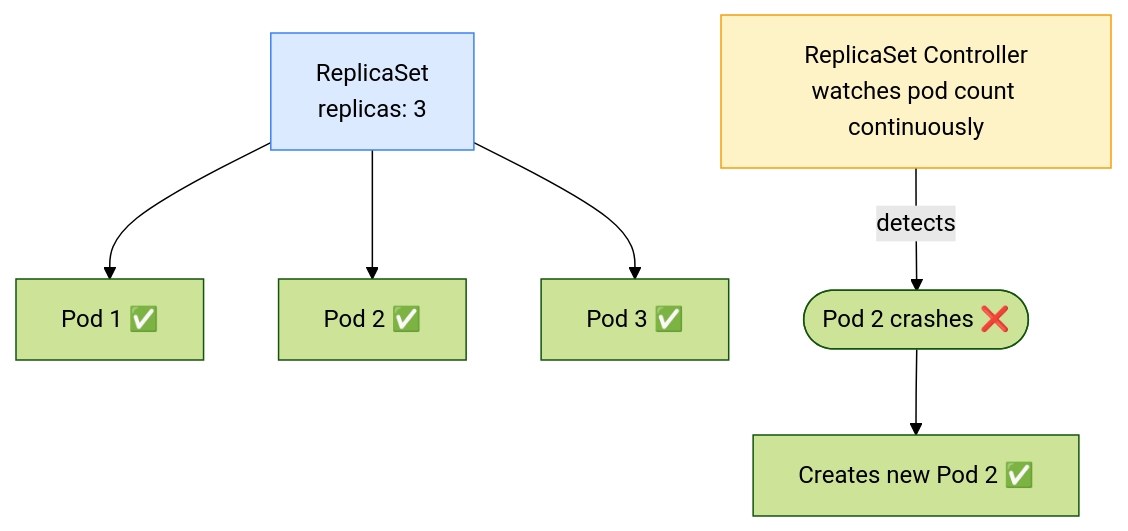
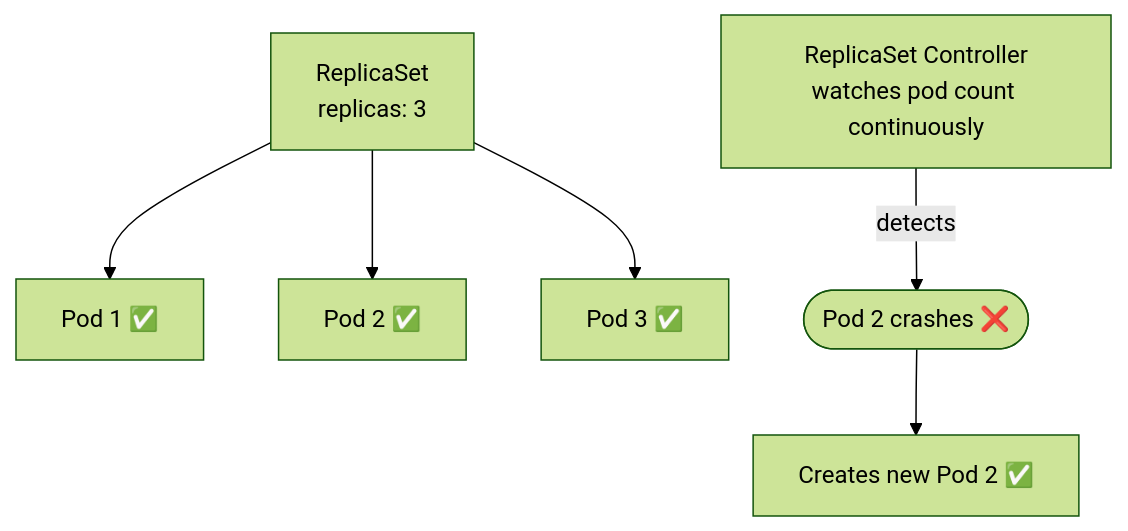
The first of 2 diagrams in content/cka/03-core-concepts-pods-services-deployments/32-replicasets/32-replicasets.md (Gautam4424/k8slearn-content), drawn with Mermaid (forest theme) before and after one commit. The commit also changed other lines of this file and 40 other files, not shown here.

Commit message:
chore: fix mermaid style regex

````diff
--- a/content/cka/03-core-concepts-pods-services-deployments/32-replicasets/32-replicasets.md
+++ b/content/cka/03-core-concepts-pods-services-deployments/32-replicasets/32-replicasets.md
@@ -21,14 +21,12 @@
 ```mermaid
 flowchart TD
     RS["ReplicaSet\nreplicas: 3"]
     P1["Pod 1 ✅"]
     P2["Pod 2 ✅"]
     P3["Pod 3 ✅"]
     RS --> P1 & P2 & P3
     CTRL["ReplicaSet Controller\nwatches pod count continuously"]
     FAIL(["Pod 2 crashes ❌"])
     NEW["Creates new Pod 2 ✅"]
     CTRL -->|detects| FAIL --> NEW
-    style RS fill:#dbeafe,stroke:#3b82f6
-    style CTRL fill:#fef3c7,stroke:#f59e0b
 ```
````
